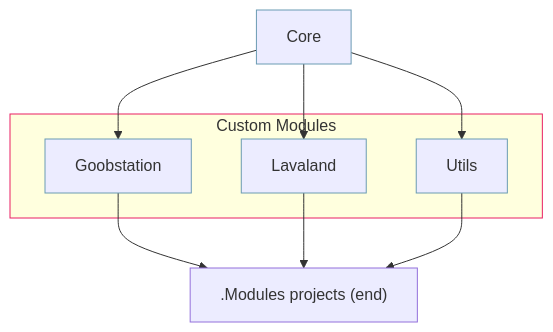
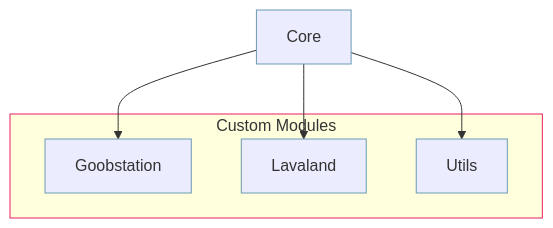
One commit to Verbalase/docs changed the second of 3 diagrams in src/en/general-development/codebase-info/goob-reforged/reforged-modules.md. Above: the diagram before and after it, drawn with Mermaid. The commit also changed other lines of this file and 3 other files, not shown here.

````diff
--- a/src/en/general-development/codebase-info/goob-reforged/reforged-modules.md
+++ b/src/en/general-development/codebase-info/goob-reforged/reforged-modules.md
@@ -130,28 +123,22 @@
 ```mermaid
 flowchart TD
     Core[Core]
     style Core stroke:#6b9bb3
     Goobstation[Goobstation]
     style Goobstation stroke:#6b9bb3
     Lavaland[Lavaland]
     style Lavaland stroke:#6b9bb3
     Utils[Utils]
-    style Utils stroke:#6b9bb3
-    Modules[".Modules projects (end)"]
     style Utils stroke:#6b9bb3
 
     subgraph CustomModules["Custom Modules"]
         Goobstation
         Lavaland
         Utils
     end
     style CustomModules stroke:#e91e63
     
     Core --> Goobstation
     Core --> Lavaland
     Core --> Utils
-
-    Goobstation --> Modules
-    Lavaland --> Modules
-    Utils --> Modules
 ```
````
